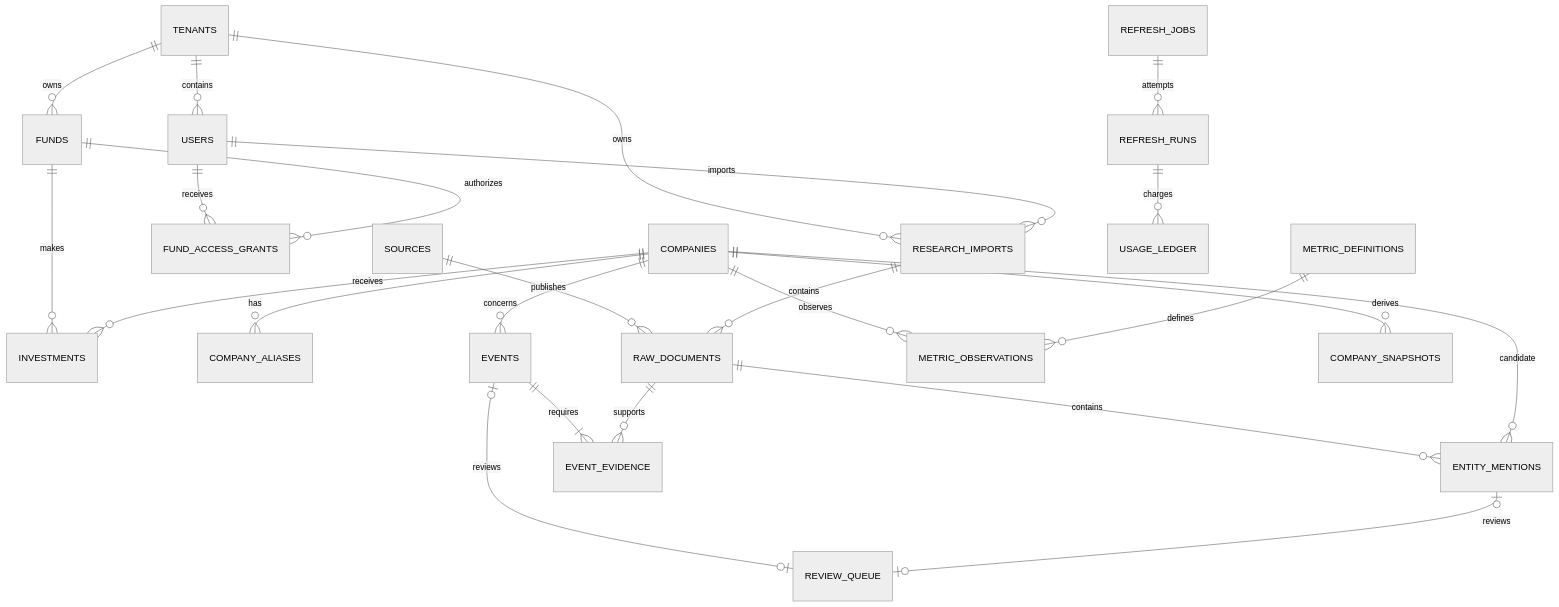
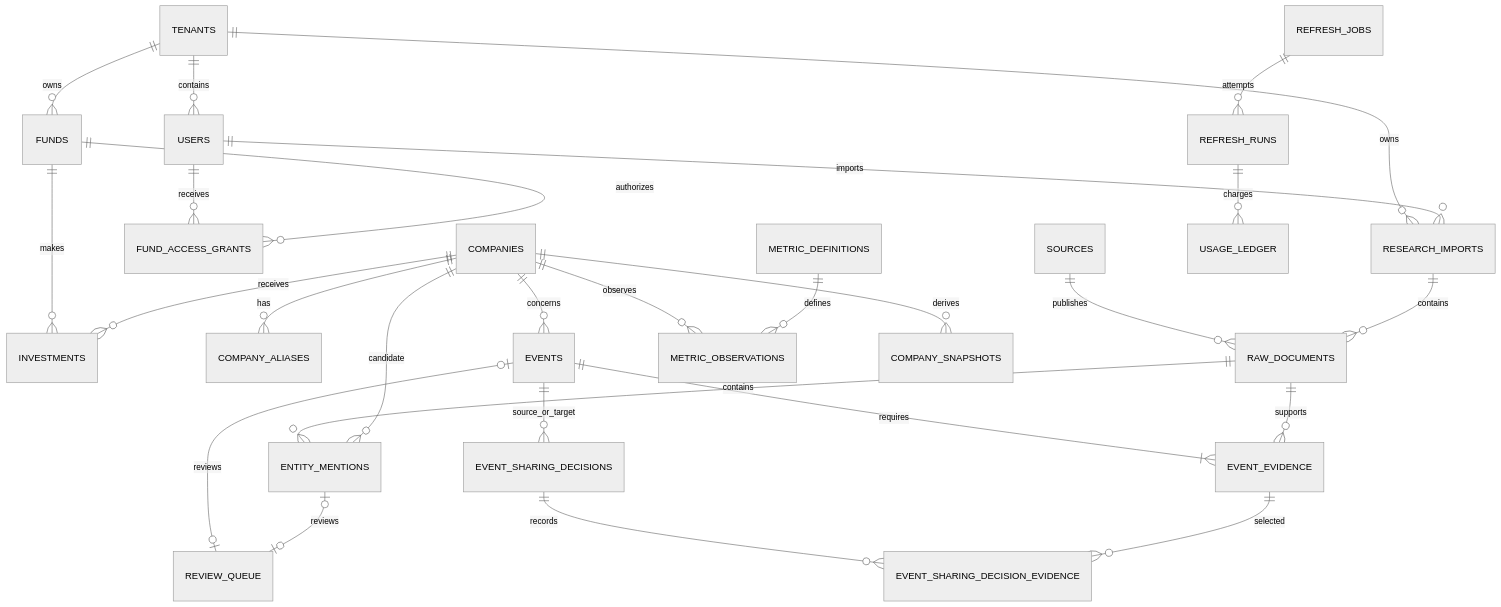
Before and after one commit to daiphoon/dealflow-radar: the first of 2 diagrams in docs/03-database-design.md, drawn with Mermaid (neutral theme). The commit also changed other lines of this file and 18 other files, not shown here.

````diff
--- a/docs/03-database-design.md
+++ b/docs/03-database-design.md
@@ -67,26 +69,29 @@
 ```mermaid
 erDiagram
   TENANTS ||--o{ USERS : contains
   TENANTS ||--o{ FUNDS : owns
   TENANTS ||--o{ RESEARCH_IMPORTS : owns
   USERS ||--o{ RESEARCH_IMPORTS : imports
   USERS ||--o{ FUND_ACCESS_GRANTS : receives
   FUNDS ||--o{ FUND_ACCESS_GRANTS : authorizes
   FUNDS ||--o{ INVESTMENTS : makes
   COMPANIES ||--o{ INVESTMENTS : receives
   COMPANIES ||--o{ COMPANY_ALIASES : has
   SOURCES ||--o{ RAW_DOCUMENTS : publishes
   RESEARCH_IMPORTS ||--o{ RAW_DOCUMENTS : contains
   RAW_DOCUMENTS ||--o{ ENTITY_MENTIONS : contains
   COMPANIES ||--o{ ENTITY_MENTIONS : candidate
   COMPANIES ||--o{ EVENTS : concerns
   EVENTS ||--|{ EVENT_EVIDENCE : requires
+  EVENTS ||--o{ EVENT_SHARING_DECISIONS : source_or_target
+  EVENT_SHARING_DECISIONS ||--o{ EVENT_SHARING_DECISION_EVIDENCE : records
+  EVENT_EVIDENCE ||--o{ EVENT_SHARING_DECISION_EVIDENCE : selected
   EVENTS o|--o| REVIEW_QUEUE : reviews
   ENTITY_MENTIONS o|--o| REVIEW_QUEUE : reviews
   RAW_DOCUMENTS ||--o{ EVENT_EVIDENCE : supports
   COMPANIES ||--o{ METRIC_OBSERVATIONS : observes
   METRIC_DEFINITIONS ||--o{ METRIC_OBSERVATIONS : defines
   COMPANIES ||--o{ COMPANY_SNAPSHOTS : derives
   REFRESH_JOBS ||--o{ REFRESH_RUNS : attempts
   REFRESH_RUNS ||--o{ USAGE_LEDGER : charges
 ```
````
